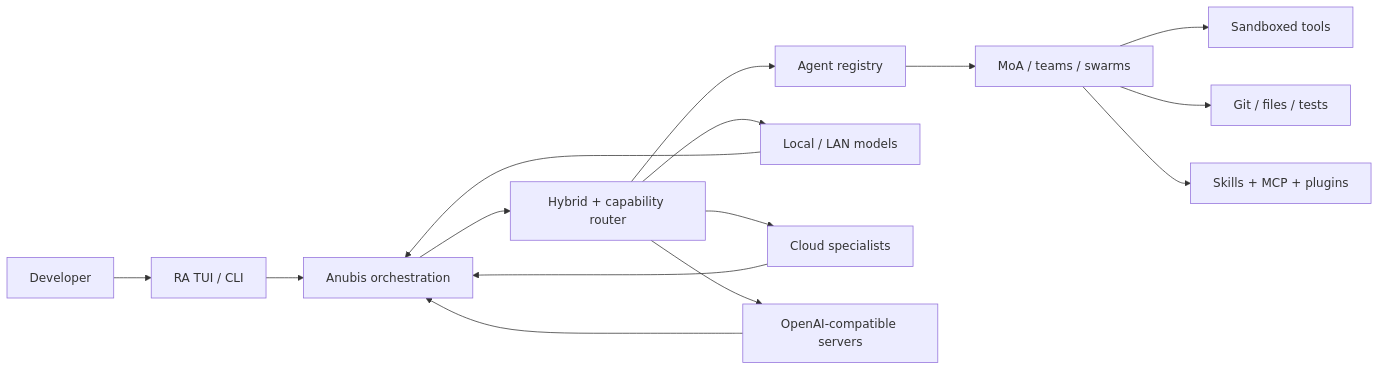
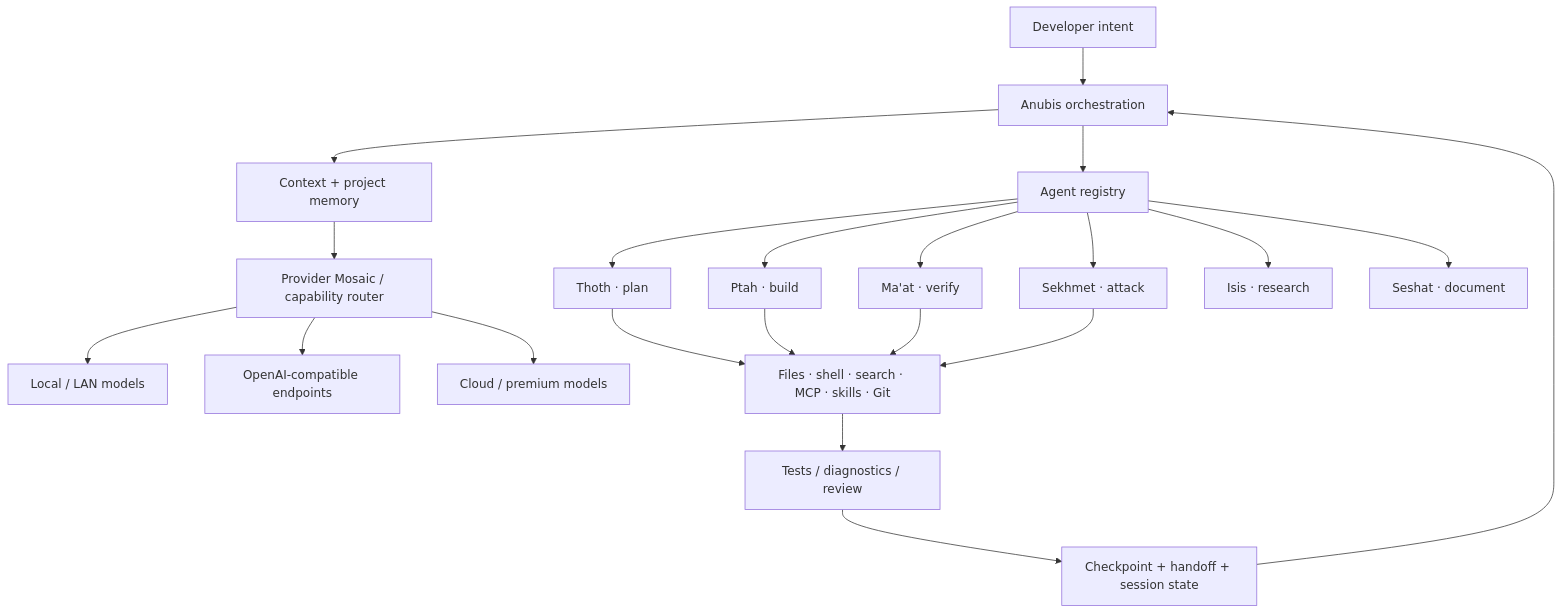
The diagram in README.md (zarigata/RA), drawn with Mermaid before and after one commit. The commit also changed other lines of this file, not shown here.

````diff
--- a/README.md
+++ b/README.md
@@ -91,20 +131,27 @@
-```mermaid
-flowchart LR
-    U[Developer] --> T[RA TUI / CLI]
-    T --> O[Anubis orchestration]
-    O --> R[Hybrid + capability router]
-    R --> A[Agent registry]
-    A --> M[MoA / teams / swarms]
+~~~mermaid
+flowchart TB
+    U[Developer intent] --> A[Anubis orchestration]
+    A --> C[Context + project memory]
+    C --> R[Provider Mosaic / capability router]
 
     R --> L[Local / LAN models]
-    R --> C[Cloud specialists]
-    R --> X[OpenAI-compatible servers]
+    R --> P[OpenAI-compatible endpoints]
+    R --> X[Cloud / premium models]
 
-    M --> S[Sandboxed tools]
-    M --> G[Git / files / tests]
-    M --> K[Skills + MCP + plugins]
+    A --> G[Agent registry]
+    G --> T[Thoth · plan]
+    G --> B[Ptah · build]
+    G --> M[Ma'at · verify]
+    G --> S[Sekhmet · attack]
+    G --> I[Isis · research]
+    G --> D[Seshat · document]
 
-    L --> O
-    C --> O
-    X --> O
-```
+    T --> TOOL[Files · shell · search · MCP · skills · Git]
+    B --> TOOL
+    M --> TOOL
+    S --> TOOL
+
+    TOOL --> V[Tests / diagnostics / review]
+    V --> H[Checkpoint + handoff + session state]
+    H --> A
+~~~
````
